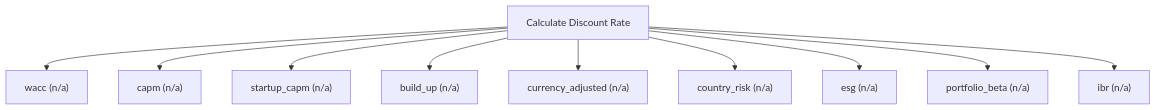
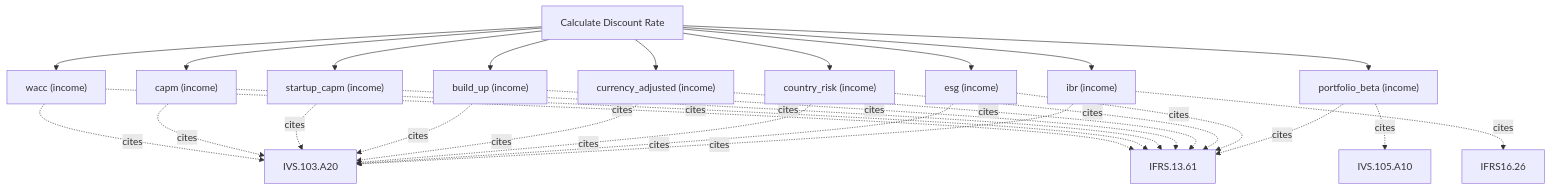
One commit to simonmak-ascent/fair-value changed the diagram in docs/methods/calculate_discount_rate.md. Above: the diagram before and after it, drawn with Mermaid. The commit also changed other lines of this file and 18 other files, not shown here.

````diff
--- a/docs/methods/calculate_discount_rate.md
+++ b/docs/methods/calculate_discount_rate.md
@@ -5,13 +5,31 @@
 ```mermaid
 flowchart TD
   T[Calculate Discount Rate]
-  T --> calculate_discount_rate_wacc["wacc (n/a)"]
-  T --> calculate_discount_rate_capm["capm (n/a)"]
-  T --> calculate_discount_rate_startup_capm["startup_capm (n/a)"]
-  T --> calculate_discount_rate_build_up["build_up (n/a)"]
-  T --> calculate_discount_rate_currency_adjusted["currency_adjusted (n/a)"]
-  T --> calculate_discount_rate_country_risk["country_risk (n/a)"]
-  T --> calculate_discount_rate_esg["esg (n/a)"]
-  T --> calculate_discount_rate_portfolio_beta["portfolio_beta (n/a)"]
-  T --> calculate_discount_rate_ibr["ibr (n/a)"]
+  T --> calculate_discount_rate_wacc["wacc (income)"]
+  calculate_discount_rate_wacc -. cites .-> IVS_103_A20[IVS.103.A20]
+  calculate_discount_rate_wacc -. cites .-> IFRS_13_61[IFRS.13.61]
+  T --> calculate_discount_rate_capm["capm (income)"]
+  calculate_discount_rate_capm -. cites .-> IVS_103_A20[IVS.103.A20]
+  calculate_discount_rate_capm -. cites .-> IFRS_13_61[IFRS.13.61]
+  T --> calculate_discount_rate_startup_capm["startup_capm (income)"]
+  calculate_discount_rate_startup_capm -. cites .-> IVS_103_A20[IVS.103.A20]
+  calculate_discount_rate_startup_capm -. cites .-> IFRS_13_61[IFRS.13.61]
+  T --> calculate_discount_rate_build_up["build_up (income)"]
+  calculate_discount_rate_build_up -. cites .-> IVS_103_A20[IVS.103.A20]
+  calculate_discount_rate_build_up -. cites .-> IFRS_13_61[IFRS.13.61]
+  T --> calculate_discount_rate_currency_adjusted["currency_adjusted (income)"]
+  calculate_discount_rate_currency_adjusted -. cites .-> IVS_103_A20[IVS.103.A20]
+  calculate_discount_rate_currency_adjusted -. cites .-> IFRS_13_61[IFRS.13.61]
+  T --> calculate_discount_rate_country_risk["country_risk (income)"]
+  calculate_discount_rate_country_risk -. cites .-> IVS_103_A20[IVS.103.A20]
+  calculate_discount_rate_country_risk -. cites .-> IFRS_13_61[IFRS.13.61]
+  T --> calculate_discount_rate_esg["esg (income)"]
+  calculate_discount_rate_esg -. cites .-> IVS_103_A20[IVS.103.A20]
+  calculate_discount_rate_esg -. cites .-> IFRS_13_61[IFRS.13.61]
+  T --> calculate_discount_rate_portfolio_beta["portfolio_beta (income)"]
+  calculate_discount_rate_portfolio_beta -. cites .-> IVS_105_A10[IVS.105.A10]
+  calculate_discount_rate_portfolio_beta -. cites .-> IFRS_13_61[IFRS.13.61]
+  T --> calculate_discount_rate_ibr["ibr (income)"]
+  calculate_discount_rate_ibr -. cites .-> IVS_103_A20[IVS.103.A20]
+  calculate_discount_rate_ibr -. cites .-> IFRS16_26[IFRS16.26]
 ```
````
